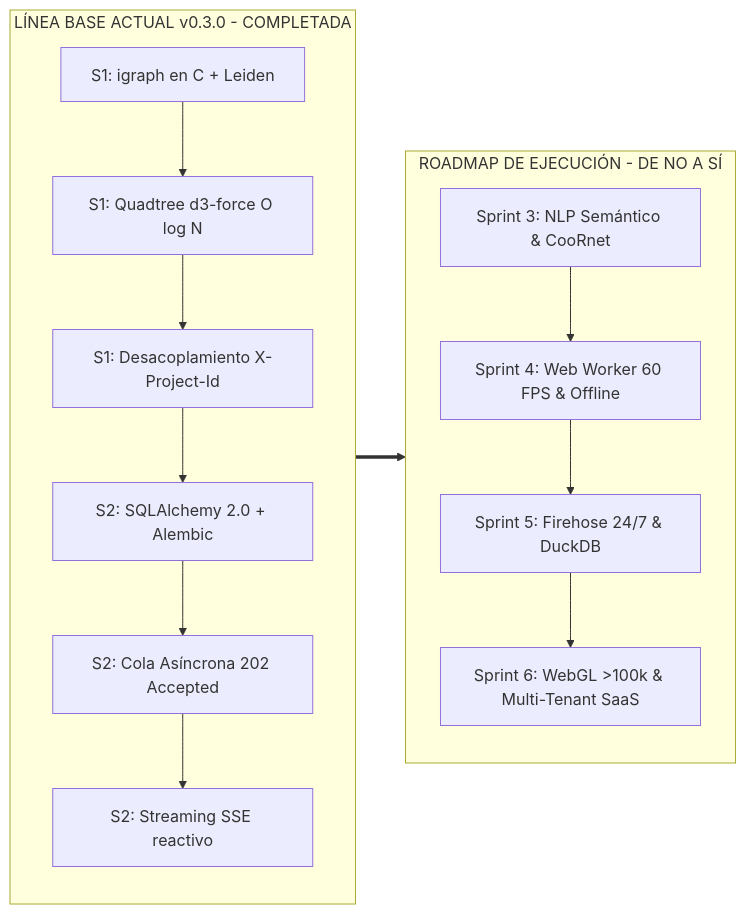
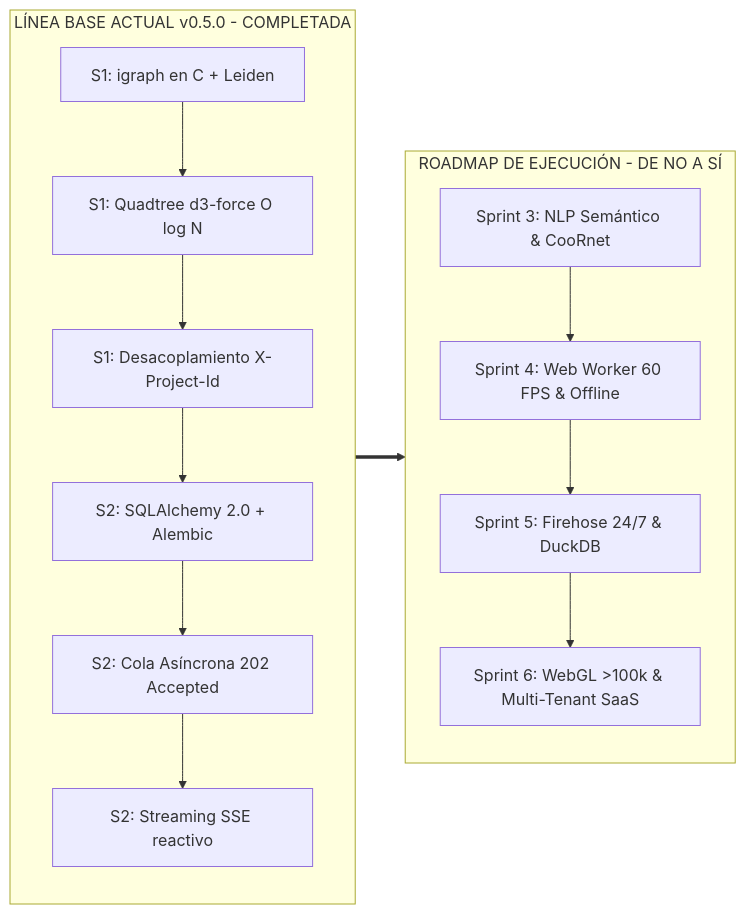
The diagram in PLAN_DE_TRABAJO.md (Daniel-JFA/Trama), drawn with Mermaid before and after one commit. The commit also changed other lines of this file, not shown here.

````diff
--- a/PLAN_DE_TRABAJO.md
+++ b/PLAN_DE_TRABAJO.md
@@ -13,20 +13,20 @@
 ```mermaid
 flowchart LR
-    subgraph V030 [LÍNEA BASE ACTUAL v0.3.0 - COMPLETADA]
+    subgraph V030 [LÍNEA BASE ACTUAL v0.5.0 - COMPLETADA]
         direction TB
         A[S1: igraph en C + Leiden] --> B[S1: Quadtree d3-force O log N]
         B --> C[S1: Desacoplamiento X-Project-Id]
         C --> D[S2: SQLAlchemy 2.0 + Alembic]
         D --> E[S2: Cola Asíncrona 202 Accepted]
         E --> F[S2: Streaming SSE reactivo]
     end
 
     subgraph PROJECTION [ROADMAP DE EJECUCIÓN - DE NO A SÍ]
         direction TB
         G[Sprint 3: NLP Semántico & CooRnet] --> H[Sprint 4: Web Worker 60 FPS & Offline]
         H --> I[Sprint 5: Firehose 24/7 & DuckDB]
         I --> J[Sprint 6: WebGL >100k & Multi-Tenant SaaS]
     end
 
     V030 ==> PROJECTION
 ```
````
